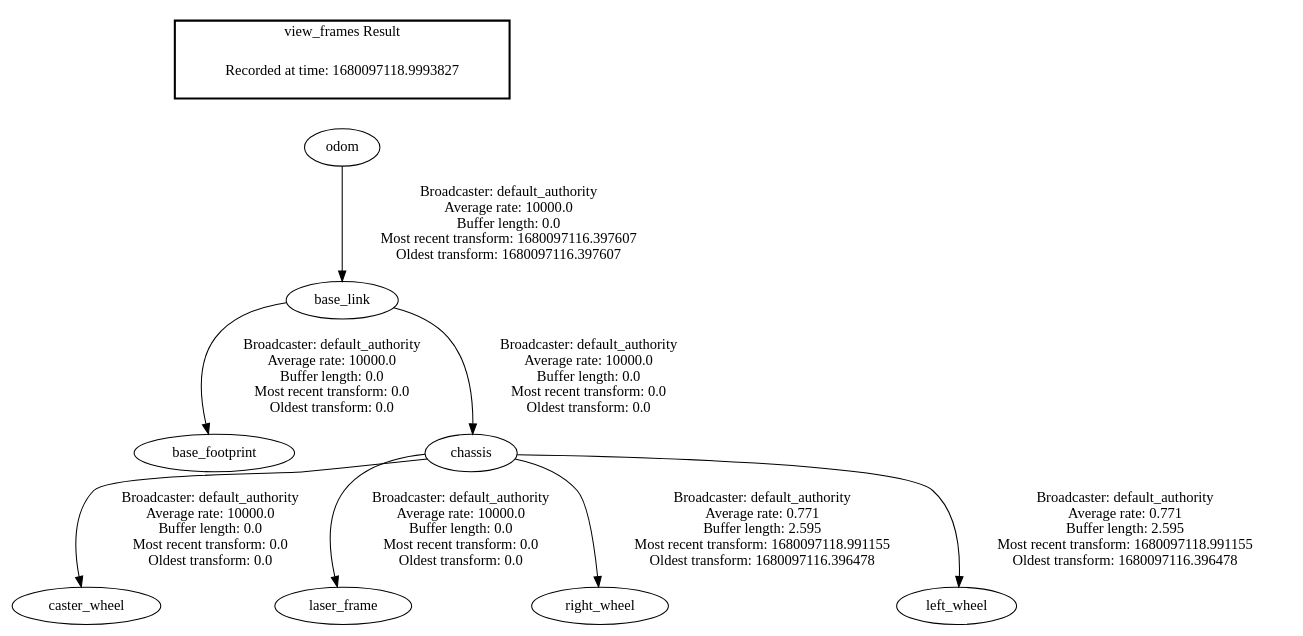
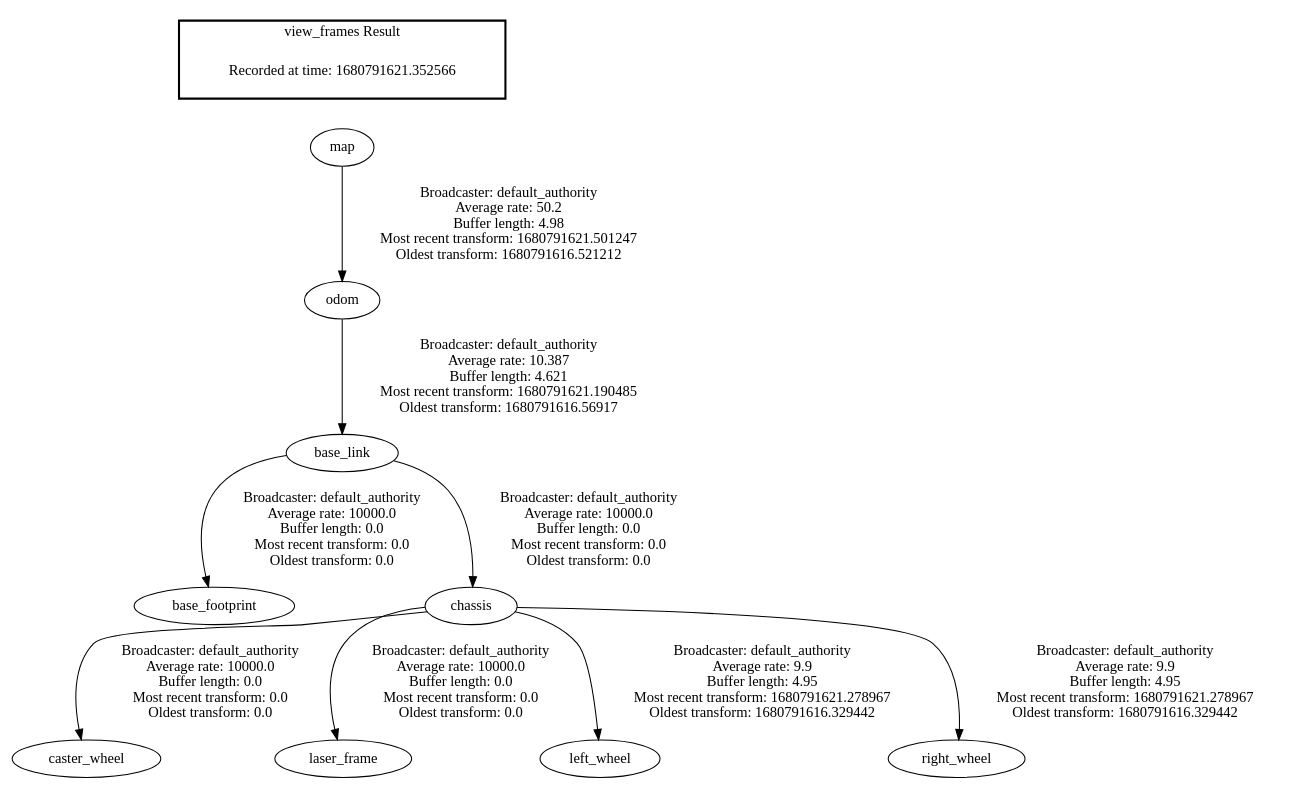
Before and after one commit to verdiluca/robot_ws: the diagram in frames.gv, drawn with Graphviz. The commit also changed 36242 other files, not shown here.

```diff
--- a/frames.gv
+++ b/frames.gv
@@ -1,13 +1,14 @@
 digraph G {
 "base_link" -> "base_footprint"[label=" Broadcaster: default_authority\nAverage rate: 10000.0\nBuffer length: 0.0\nMost recent transform: 0.0\nOldest transform: 0.0\n"];
-"odom" -> "base_link"[label=" Broadcaster: default_authority\nAverage rate: 10000.0\nBuffer length: 0.0\nMost recent transform: 1680097116.397607\nOldest transform: 1680097116.397607\n"];
+"odom" -> "base_link"[label=" Broadcaster: default_authority\nAverage rate: 10.387\nBuffer length: 4.621\nMost recent transform: 1680791621.190485\nOldest transform: 1680791616.56917\n"];
 "chassis" -> "caster_wheel"[label=" Broadcaster: default_authority\nAverage rate: 10000.0\nBuffer length: 0.0\nMost recent transform: 0.0\nOldest transform: 0.0\n"];
 "base_link" -> "chassis"[label=" Broadcaster: default_authority\nAverage rate: 10000.0\nBuffer length: 0.0\nMost recent transform: 0.0\nOldest transform: 0.0\n"];
 "chassis" -> "laser_frame"[label=" Broadcaster: default_authority\nAverage rate: 10000.0\nBuffer length: 0.0\nMost recent transform: 0.0\nOldest transform: 0.0\n"];
-"chassis" -> "right_wheel"[label=" Broadcaster: default_authority\nAverage rate: 0.771\nBuffer length: 2.595\nMost recent transform: 1680097118.991155\nOldest transform: 1680097116.396478\n"];
-"chassis" -> "left_wheel"[label=" Broadcaster: default_authority\nAverage rate: 0.771\nBuffer length: 2.595\nMost recent transform: 1680097118.991155\nOldest transform: 1680097116.396478\n"];
+"chassis" -> "left_wheel"[label=" Broadcaster: default_authority\nAverage rate: 9.9\nBuffer length: 4.95\nMost recent transform: 1680791621.278967\nOldest transform: 1680791616.329442\n"];
+"chassis" -> "right_wheel"[label=" Broadcaster: default_authority\nAverage rate: 9.9\nBuffer length: 4.95\nMost recent transform: 1680791621.278967\nOldest transform: 1680791616.329442\n"];
+"map" -> "odom"[label=" Broadcaster: default_authority\nAverage rate: 50.2\nBuffer length: 4.98\nMost recent transform: 1680791621.501247\nOldest transform: 1680791616.521212\n"];
 edge [style=invis];
  subgraph cluster_legend { style=bold; color=black; label ="view_frames Result";
-"Recorded at time: 1680097118.9993827"[ shape=plaintext ] ;
-}->"odom";
+"Recorded at time: 1680791621.352566"[ shape=plaintext ] ;
+}->"map";
 }
```
